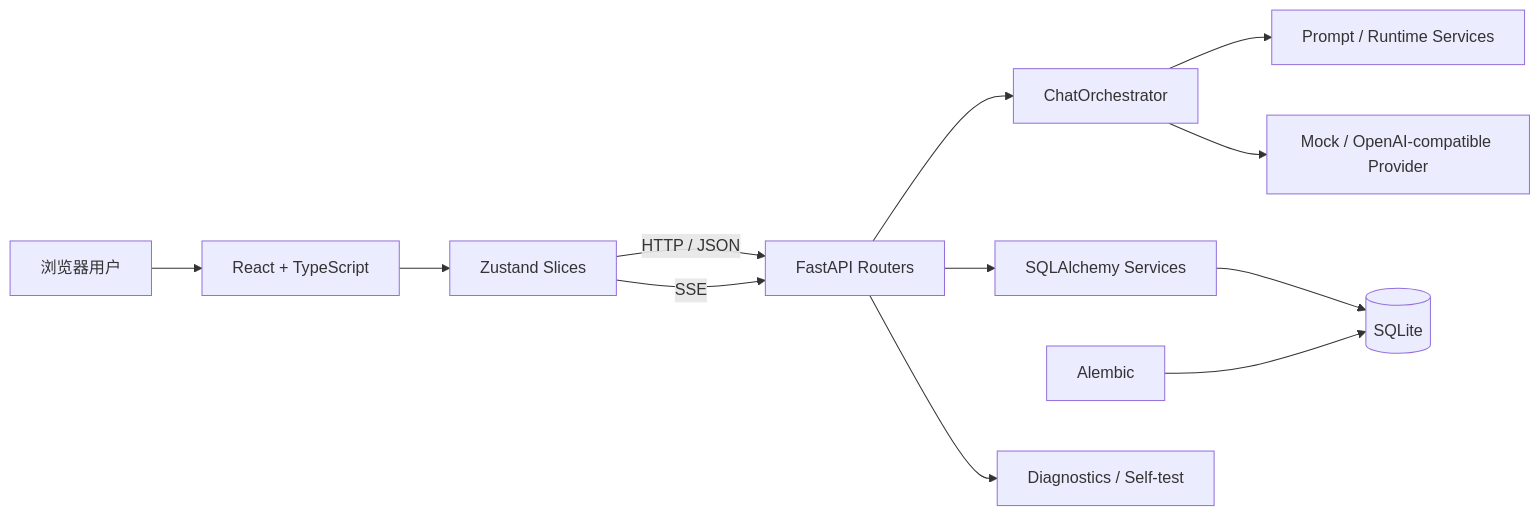
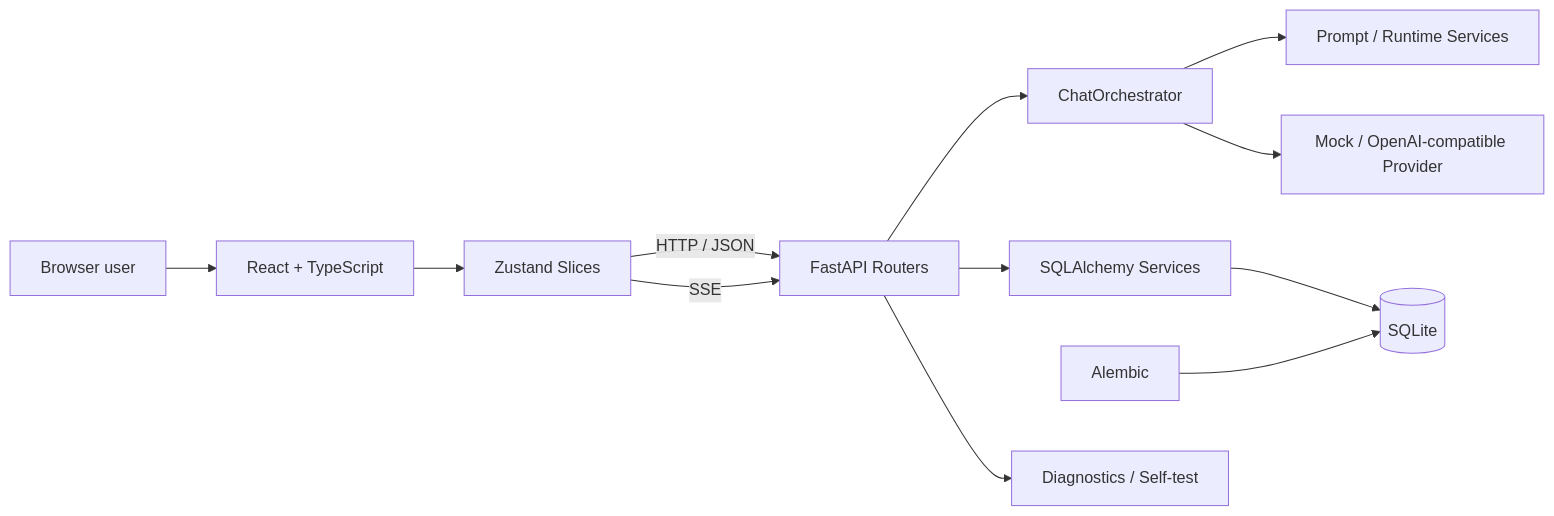
Before and after one commit to rfgttt/ai-tavern-lite: the diagram in README.md, drawn with Mermaid. The commit also changed other lines of this file and 2 other files, not shown here.

````diff
--- a/README.md
+++ b/README.md
@@ -63,14 +66,14 @@
 ```mermaid
 flowchart LR
-    U[浏览器用户] --> R[React + TypeScript]
+    U[Browser user] --> R[React + TypeScript]
     R --> Z[Zustand Slices]
     Z -->|HTTP / JSON| A[FastAPI Routers]
     Z -->|SSE| A
     A --> O[ChatOrchestrator]
     O --> P[Prompt / Runtime Services]
     O --> L[Mock / OpenAI-compatible Provider]
     A --> S[SQLAlchemy Services]
     S --> D[(SQLite)]
     M[Alembic] --> D
     A --> G[Diagnostics / Self-test]
 ```
````
